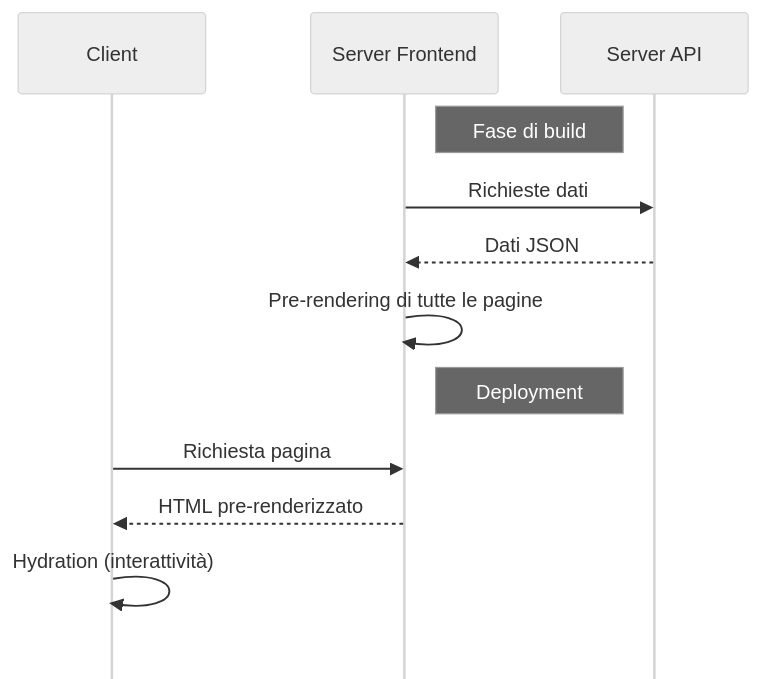
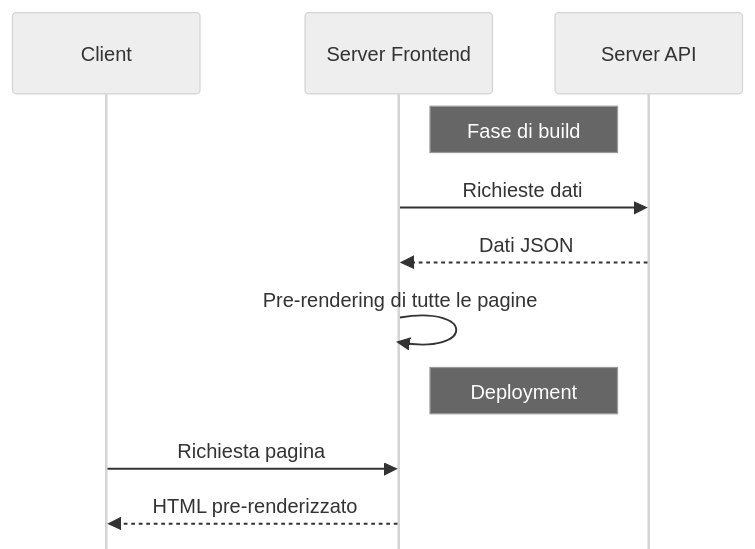
Before and after one commit to iacobucci/tesi-triennale: the sixth of 8 diagrams in 2-1-nuxt.md, drawn with Mermaid. The commit also changed other lines of this file and 5 other files, not shown here.

````diff
--- a/2-1-nuxt.md
+++ b/2-1-nuxt.md
@@ -639,16 +639,15 @@
 ```mermaid {height=8cm}
 %%{init: {'theme': 'neutral', 'mirrorActors': false} }%%
 sequenceDiagram
     participant client as Client
     participant frontend as Server Frontend
     participant backend as Server API
 
     Note right of frontend: Fase di build
     frontend->>backend: Richieste dati
     backend-->>frontend: Dati JSON
     frontend->>frontend: Pre-rendering di tutte le pagine
     Note right of frontend: Deployment
     client->>frontend: Richiesta pagina
     frontend-->>client: HTML pre-renderizzato
-    client->>client: Hydration (interattività)
 ```
````
